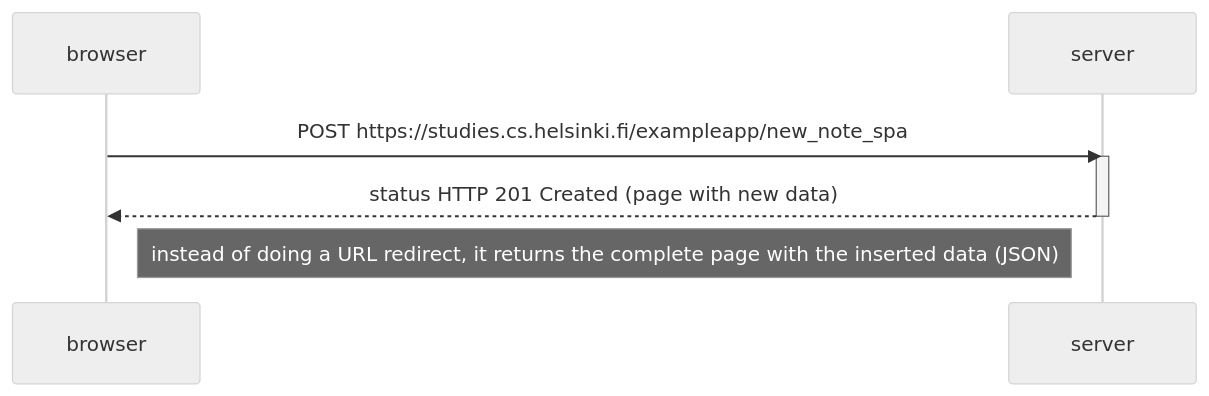
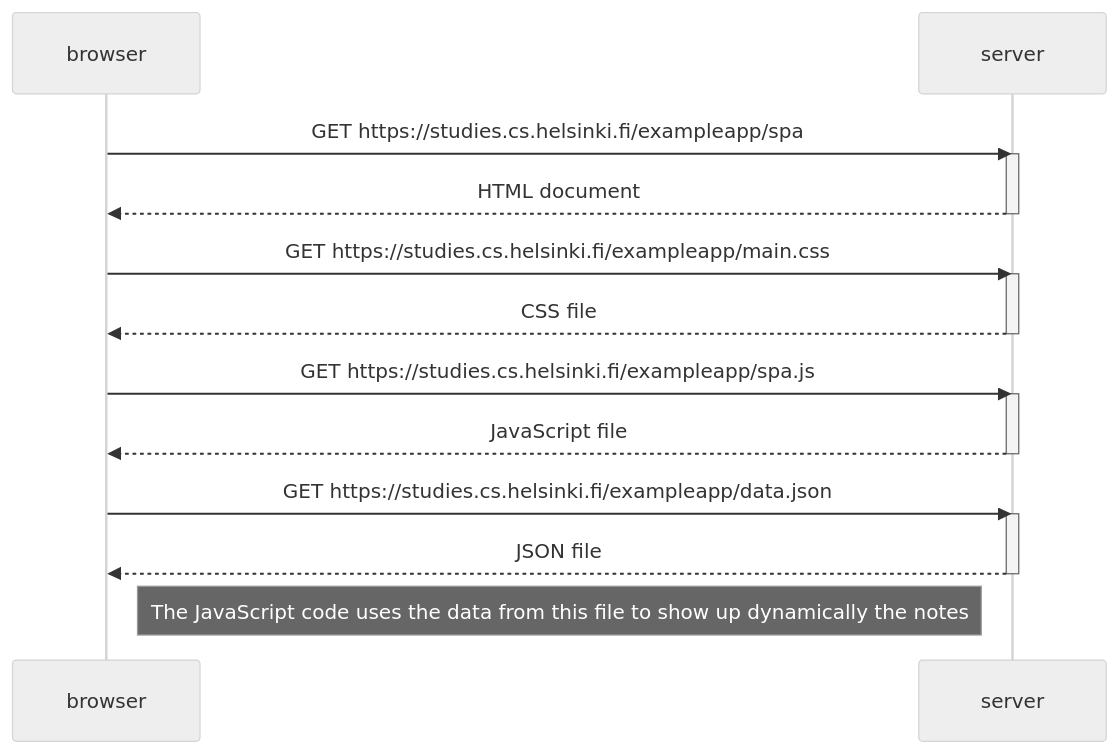
One commit to gjr1440/full-stack-open-exercises changed the diagram in part0/0.5/mermaid.md. Above: the diagram before and after it, drawn with Mermaid (neutral theme). The commit also changed other lines of this file and 1 other file, not shown here.

Commit message:
Exercícios concluídos

````diff
--- a/part0/0.5/mermaid.md
+++ b/part0/0.5/mermaid.md
@@ -18,12 +33,27 @@
 ```mermaid
 sequenceDiagram
     participant browser
     participant server
 
-    browser->>server: POST https://studies.cs.helsinki.fi/exampleapp/new_note_spa
+    browser->>server: GET https://studies.cs.helsinki.fi/exampleapp/spa
     activate server
-    server-->>browser: status HTTP 201 Created (page with new data)
+    server-->>browser: HTML document
     deactivate server
 
-    Note right of browser: instead of doing a URL redirect, it returns the complete page with the inserted data (JSON)
+    browser->>server: GET https://studies.cs.helsinki.fi/exampleapp/main.css
+    activate server
+    server-->>browser: CSS file
+    deactivate server
+
+    browser->>server: GET https://studies.cs.helsinki.fi/exampleapp/spa.js
+    activate server
+    server-->>browser: JavaScript file
+    deactivate server
+
+    browser->>server: GET https://studies.cs.helsinki.fi/exampleapp/data.json
+    activate server
+    server-->>browser: JSON file
+    deactivate server
+
+    Note right of browser: The JavaScript code uses the data from this file to show up dynamically the notes
 ```
````
